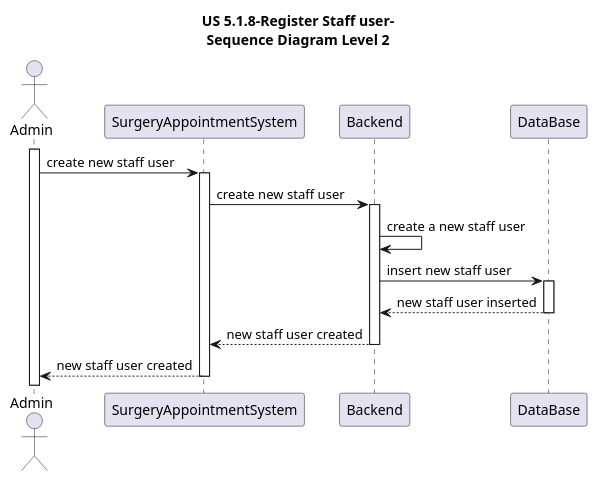
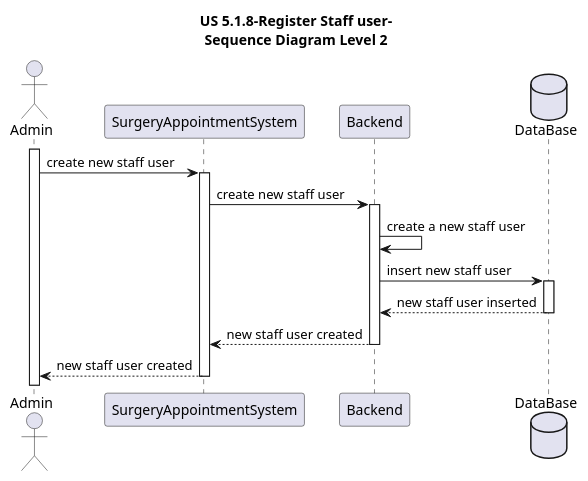
One commit to MateusCabral2004/sem5pi changed the diagram in docs/Sprint 1/US 5.1.1/RegisterStaffUser/Sequence Diagrams/Level2/SD_Level2.puml. Above: the diagram before and after it, drawn with PlantUML. The commit also changed 3 other files, not shown here.

```diff
--- a/docs/Sprint 1/US 5.1.1/RegisterStaffUser/Sequence Diagrams/Level2/SD_Level2.puml
+++ b/docs/Sprint 1/US 5.1.1/RegisterStaffUser/Sequence Diagrams/Level2/SD_Level2.puml
@@ -1,38 +1,38 @@
 @startuml
 
 title US 5.1.8-Register Staff user-\nSequence Diagram Level 2
 
 actor Admin
 participant SurgeryAppointmentSystem
 participant Backend
-participant DataBase
+database DataBase
 
 activate Admin
 
 Admin -> SurgeryAppointmentSystem: create new staff user
 
     activate SurgeryAppointmentSystem
         
     SurgeryAppointmentSystem -> Backend: create new staff user
     
     activate Backend
     
     Backend -> Backend: create a new staff user
     
     Backend -> DataBase: insert new staff user
     
         activate DataBase
         
         DataBase --> Backend: new staff user inserted
         
         deactivate DataBase
         
     Backend --> SurgeryAppointmentSystem: new staff user created
     
     deactivate Backend
     
     SurgeryAppointmentSystem --> Admin: new staff user created
     
     deactivate SurgeryAppointmentSystem
     
 @enduml
```
